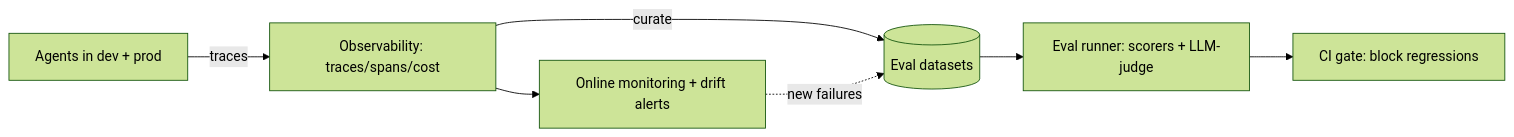
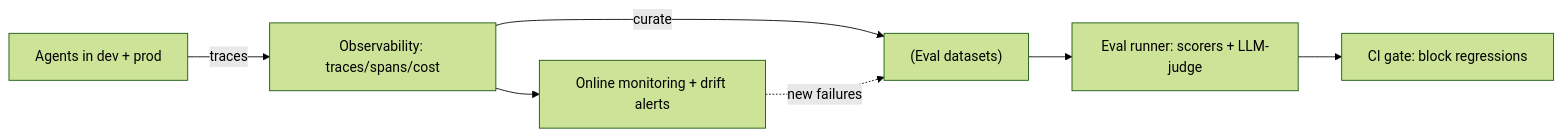
One commit to pankajThakur1874/studysheet changed the first of 5 diagrams in files/System-Design-Questions/42-agent_eval_observability_platform_system_design.md. Above: the diagram before and after it, drawn with Mermaid (forest theme). The commit also changed other lines of this file and 78 other files, not shown here.

````diff
--- a/files/System-Design-Questions/42-agent_eval_observability_platform_system_design.md
+++ b/files/System-Design-Questions/42-agent_eval_observability_platform_system_design.md
@@ -23,9 +23,9 @@
 ```mermaid
 flowchart LR
-    Agents[Agents in dev + prod] -->|traces| Obs[Observability: traces/spans/cost]
-    Obs -->|curate| DS[(Eval datasets)]
-    DS --> Eval[Eval runner: scorers + LLM-judge]
-    Eval --> CI[CI gate: block regressions]
-    Obs --> Mon[Online monitoring + drift alerts]
+    Agents["Agents in dev + prod"] -->|traces| Obs["Observability: traces/spans/cost"]
+    Obs -->|curate| DS["(Eval datasets)"]
+    DS --> Eval["Eval runner: scorers + LLM-judge"]
+    Eval --> CI["CI gate: block regressions"]
+    Obs --> Mon["Online monitoring + drift alerts"]
     Mon -.new failures.-> DS
 ```
````
